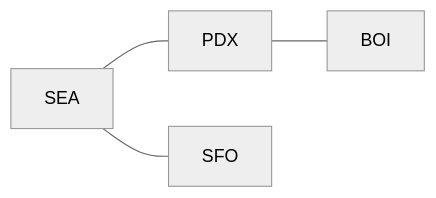
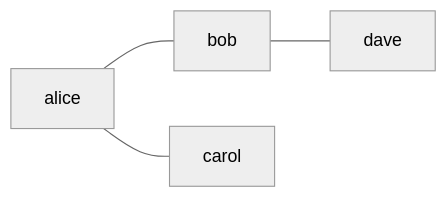
The first of 6 diagrams in docs/dsa/data-structures/graphs/index.md (qgjones9/python-programming-guide), drawn with Mermaid (neutral theme) before and after one commit. The commit also changed other lines of this file and 31 other files, not shown here.

````diff
--- a/docs/dsa/data-structures/graphs/index.md
+++ b/docs/dsa/data-structures/graphs/index.md
@@ -31,6 +31,6 @@
 ```mermaid
 flowchart LR
-  SEA["SEA"] --- PDX["PDX"]
-  SEA --- SFO["SFO"]
-  PDX --- BOI["BOI"]
+  A["alice"] --- B["bob"]
+  A --- C["carol"]
+  B --- D["dave"]
 ```
````
